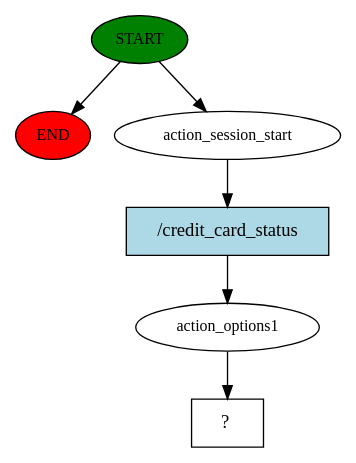
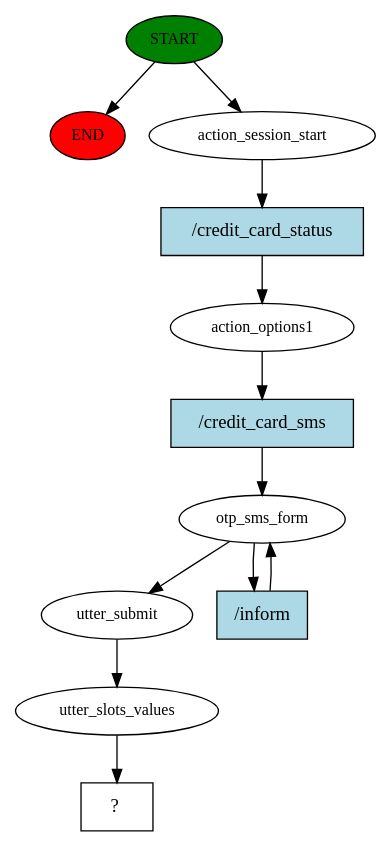
Before and after one commit to ehzawad/lanka_bangla: the diagram in gplexRasa/story_graph.dot, drawn with Graphviz. The commit also changed 7 other files, not shown here.

```diff
--- a/gplexRasa/story_graph.dot
+++ b/gplexRasa/story_graph.dot
@@ -1,13 +1,24 @@
 digraph  {
 0 [class="start active", fillcolor=green, fontsize=12, label=START, style=filled];
 "-1" [class=end, fillcolor=red, fontsize=12, label=END, style=filled];
 1 [class=active, fontsize=12, label=action_session_start];
 2 [class=active, fontsize=12, label=action_options1];
-3 [class="intent dashed active", label="  ?  ", shape=rect];
-4 [class="intent active", fillcolor=lightblue, label="/credit_card_status", shape=rect, style=filled];
+3 [class=active, fontsize=12, label=otp_sms_form];
+6 [class=active, fontsize=12, label=utter_submit];
+7 [class=active, fontsize=12, label=utter_slots_values];
+8 [class="intent dashed active", label="  ?  ", shape=rect];
+9 [class="intent active", fillcolor=lightblue, label="/credit_card_status", shape=rect, style=filled];
+10 [class="intent active", fillcolor=lightblue, label="/credit_card_sms", shape=rect, style=filled];
+11 [class="intent active", fillcolor=lightblue, label="/inform", shape=rect, style=filled];
 0 -> "-1"  [class="", key=NONE, label=""];
 0 -> 1  [class=active, key=NONE, label=""];
-1 -> 4  [class=active, key=0];
-2 -> 3  [class=active, key=NONE, label=""];
-4 -> 2  [class=active, key=0];
+1 -> 9  [class=active, key=0];
+2 -> 10  [class=active, key=0];
+3 -> 6  [class=active, key=NONE, label=""];
+3 -> 11  [class=active, key=0];
+6 -> 7  [class=active, key=NONE, label=""];
+7 -> 8  [class=active, key=NONE, label=""];
+9 -> 2  [class=active, key=0];
+10 -> 3  [class=active, key=0];
+11 -> 3  [class=active, key=0];
 }
```
